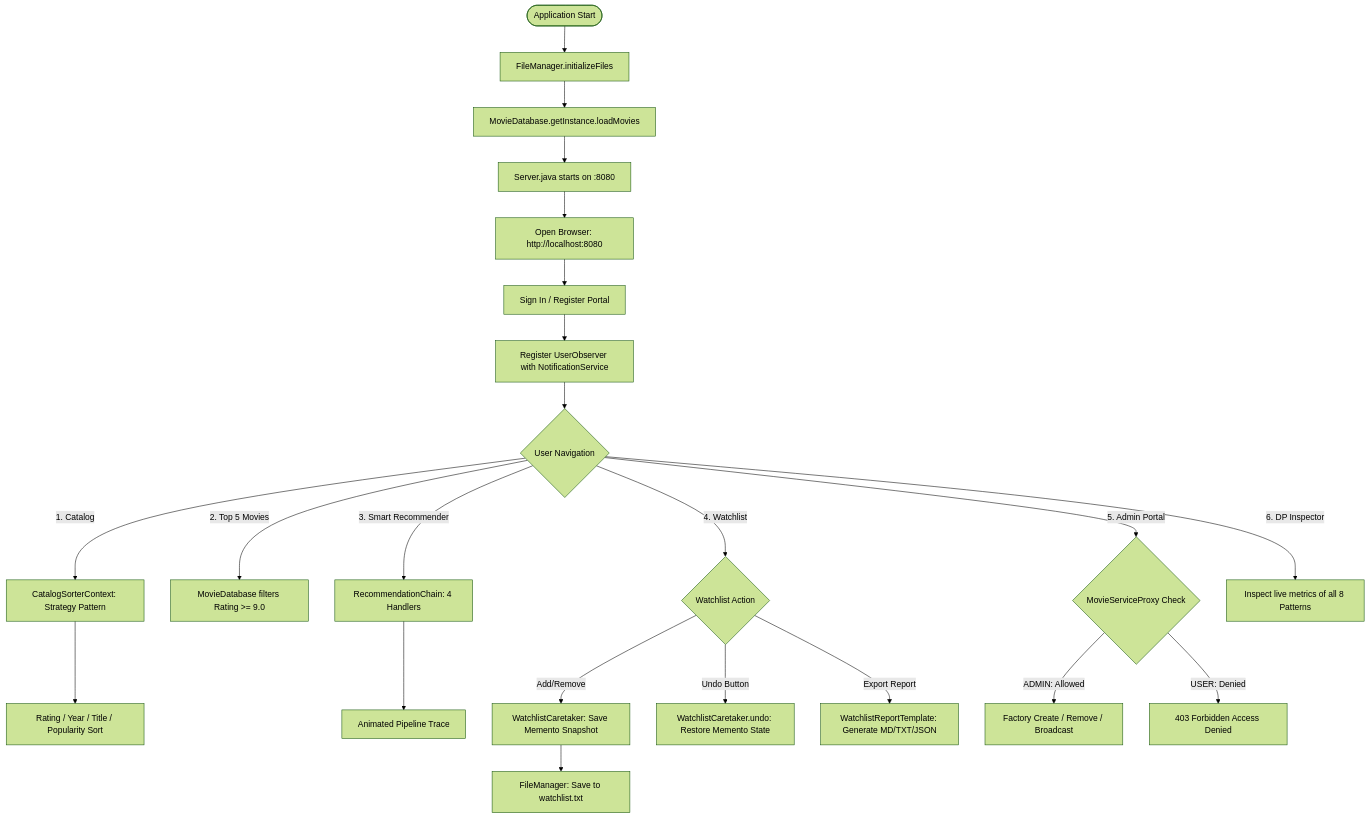
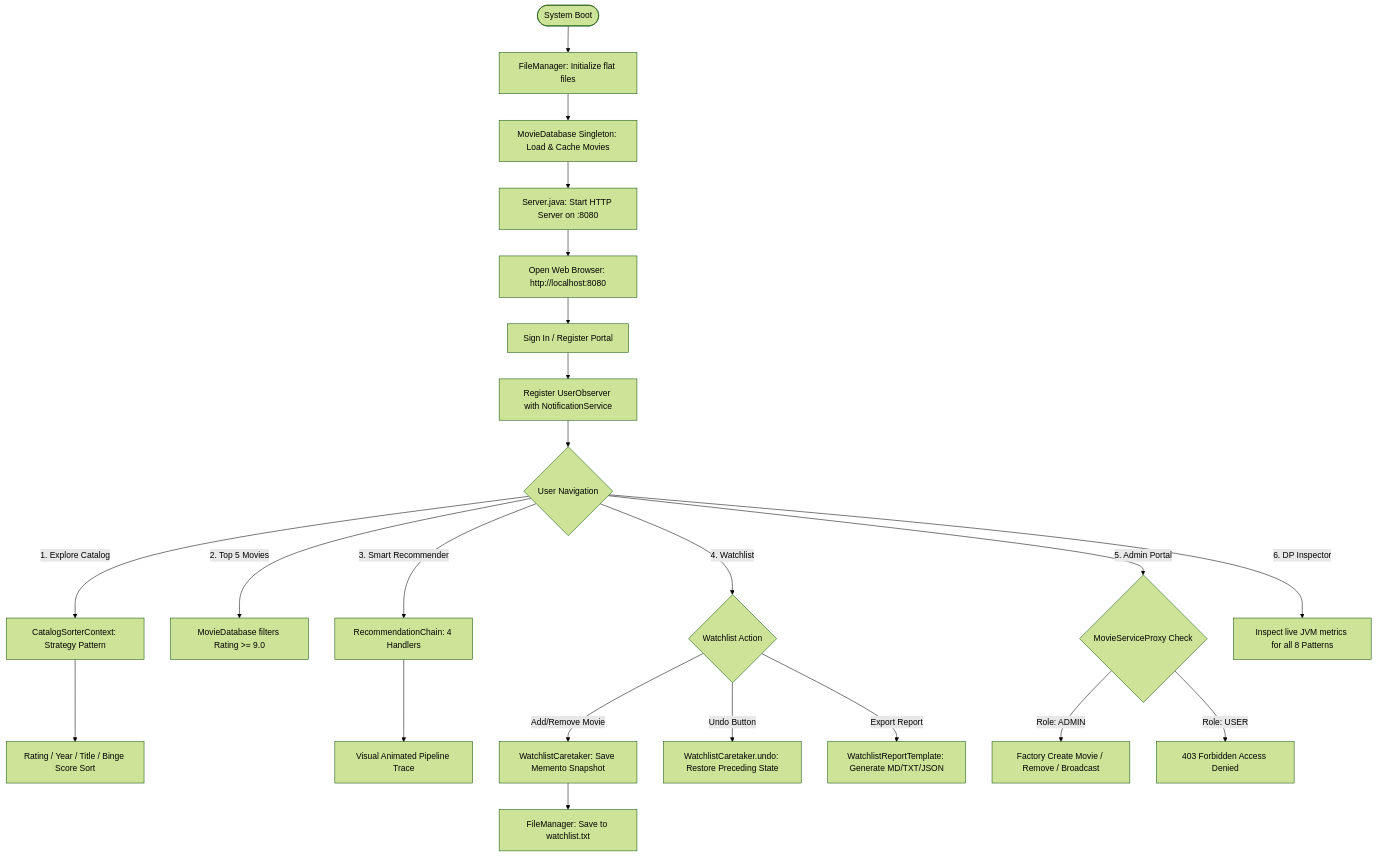
The third of 3 diagrams in README.md (sayyadrehan09/DP-Lab), drawn with Mermaid (forest theme) before and after one commit. The commit also changed other lines of this file and 2 other files, not shown here.

````diff
--- a/README.md
+++ b/README.md
@@ -354,32 +372,32 @@
 ```mermaid
 flowchart TD
-    Start([Application Start]) --> InitFiles[FileManager.initializeFiles]
-    InitFiles --> LoadDB[MovieDatabase.getInstance.loadMovies]
-    LoadDB --> BootServer[Server.java starts on :8080]
+    Start([System Boot]) --> InitFiles[FileManager: Initialize flat files]
+    InitFiles --> LoadDB[MovieDatabase Singleton: Load & Cache Movies]
+    LoadDB --> BootServer[Server.java: Start HTTP Server on :8080]
     
-    BootServer --> UI[Open Browser: http://localhost:8080]
+    BootServer --> UI[Open Web Browser: http://localhost:8080]
     UI --> Auth[Sign In / Register Portal]
     Auth --> ObserverReg[Register UserObserver with NotificationService]
     
     ObserverReg --> Nav{User Navigation}
     
-    Nav -->|1. Catalog| Sorter[CatalogSorterContext: Strategy Pattern]
-    Sorter --> SortExec[Rating / Year / Title / Popularity Sort]
+    Nav -->|1. Explore Catalog| Sorter[CatalogSorterContext: Strategy Pattern]
+    Sorter --> SortExec[Rating / Year / Title / Binge Score Sort]
     
     Nav -->|2. Top 5 Movies| TopAction[MovieDatabase filters Rating >= 9.0]
     
     Nav -->|3. Smart Recommender| ChainExec[RecommendationChain: 4 Handlers]
-    ChainExec --> RecResults[Animated Pipeline Trace]
+    ChainExec --> RecResults[Visual Animated Pipeline Trace]
     
     Nav -->|4. Watchlist| WatchlistActions{Watchlist Action}
-    WatchlistActions -->|Add/Remove| CaretakerSnap[WatchlistCaretaker: Save Memento Snapshot]
+    WatchlistActions -->|Add/Remove Movie| CaretakerSnap[WatchlistCaretaker: Save Memento Snapshot]
     CaretakerSnap --> PersistWatchlist[FileManager: Save to watchlist.txt]
-    WatchlistActions -->|Undo Button| UndoRollback[WatchlistCaretaker.undo: Restore Memento State]
+    WatchlistActions -->|Undo Button| UndoRollback[WatchlistCaretaker.undo: Restore Preceding State]
     WatchlistActions -->|Export Report| TemplateReport[WatchlistReportTemplate: Generate MD/TXT/JSON]
     
     Nav -->|5. Admin Portal| AdminProxy{MovieServiceProxy Check}
-    AdminProxy -->|ADMIN: Allowed| Mutate[Factory Create / Remove / Broadcast]
-    AdminProxy -->|USER: Denied| Blocked[403 Forbidden Access Denied]
+    AdminProxy -->|Role: ADMIN| Mutate[Factory Create Movie / Remove / Broadcast]
+    AdminProxy -->|Role: USER| Blocked[403 Forbidden Access Denied]
     
-    Nav -->|6. DP Inspector| LiveMetrics[Inspect live metrics of all 8 Patterns]
+    Nav -->|6. DP Inspector| LiveMetrics[Inspect live JVM metrics for all 8 Patterns]
 ```
````
